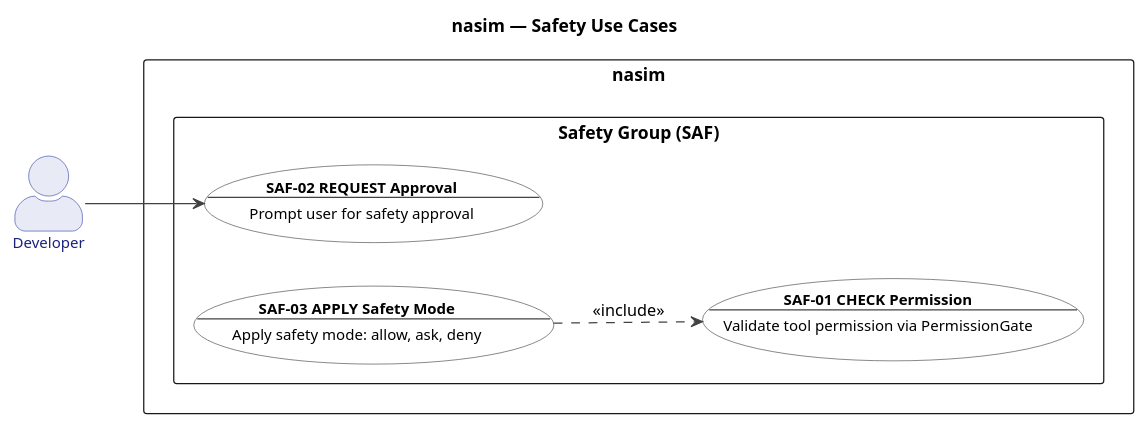
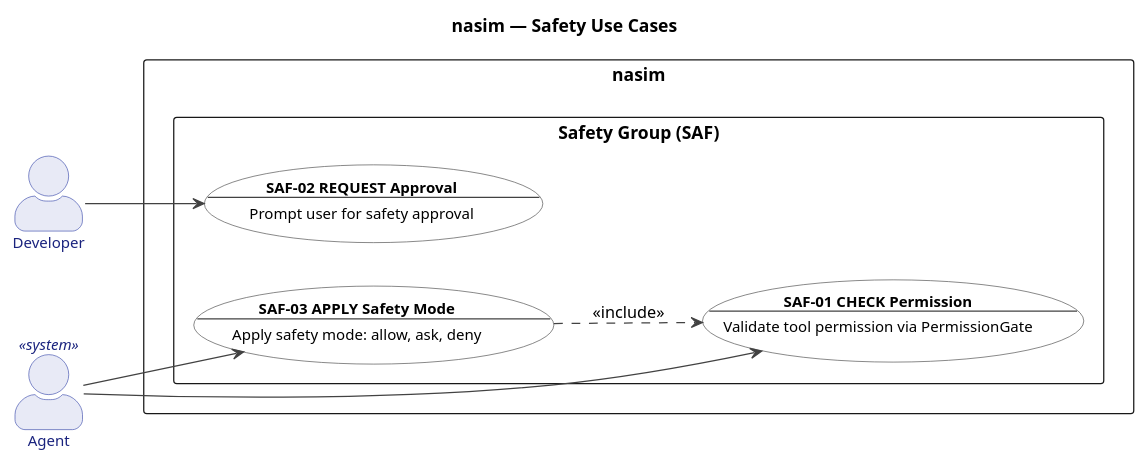
The diagram in docs/UC/uc_safety.puml (salimnamvar/nasim), drawn with PlantUML before and after one commit. The commit also changed 18 other files, not shown here.

First line of the commit message:
docs: Add "Agent" actor to multiple use case diagrams and establish relationships

```diff
--- a/docs/UC/uc_safety.puml
+++ b/docs/UC/uc_safety.puml
@@ -1,66 +1,69 @@
 @startuml uc_safety
 
 ' ============================================================
 ' Title:     nasim — UC: Safety Group
 ' Group:     SAF (Safety)
 ' Boundary:  nasim code agent
 ' Purpose:   Permission gates, user approval, safety modes
 ' Milestone: v1.0
 ' Version:   6.0.0
 ' Source:    docs/ENTITIES.md
 ' Review:    docs/audit/audit.2026.06.20.uc-layer.car.md
 ' ============================================================
 
 left to right direction
 
 title nasim — Safety Use Cases
 
 skinparam actorStyle awesome
 skinparam packageStyle rectangle
 
 skinparam usecase {
   BackgroundColor #FFFFFF
   BorderColor #424242
   FontColor #000000
   ArrowColor #424242
   FontSize 12
 }
 
 skinparam actor {
   BackgroundColor #E8EAF6
   BorderColor #3949AB
   FontColor #1A237E
   FontSize 12
 }
 
 ' ============================================================
 ' Actors
 ' ============================================================
 
 actor "Developer" as Developer
+actor "Agent" as Agent <<system>>
 
 ' ============================================================
 ' System Boundary
 ' ============================================================
 
 rectangle "nasim" {
   package "Safety Group (SAF)" {
     usecase "**SAF-01 CHECK Permission**\n--\nValidate tool permission via PermissionGate" as SAF01
     usecase "**SAF-02 REQUEST Approval**\n--\nPrompt user for safety approval" as SAF02
     usecase "**SAF-03 APPLY Safety Mode**\n--\nApply safety mode: allow, ask, deny" as SAF03
   }
 }
 
 ' ============================================================
 ' Actor -> Use Case Associations
 ' ============================================================
 
 Developer --> SAF02
+Agent --> SAF01
+Agent --> SAF03
 
 ' ============================================================
 ' Relationships
 ' ============================================================
 
 SAF03 ..> SAF01 : <<include>>
 
 @enduml
```
